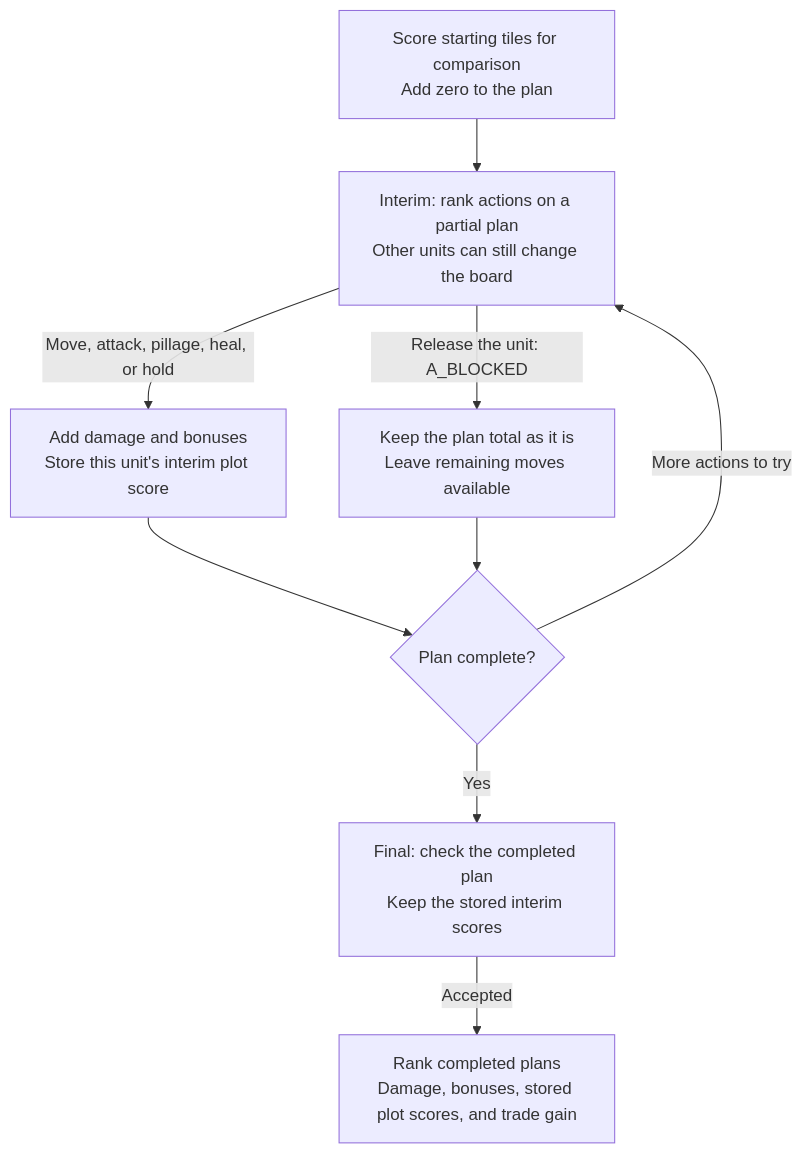
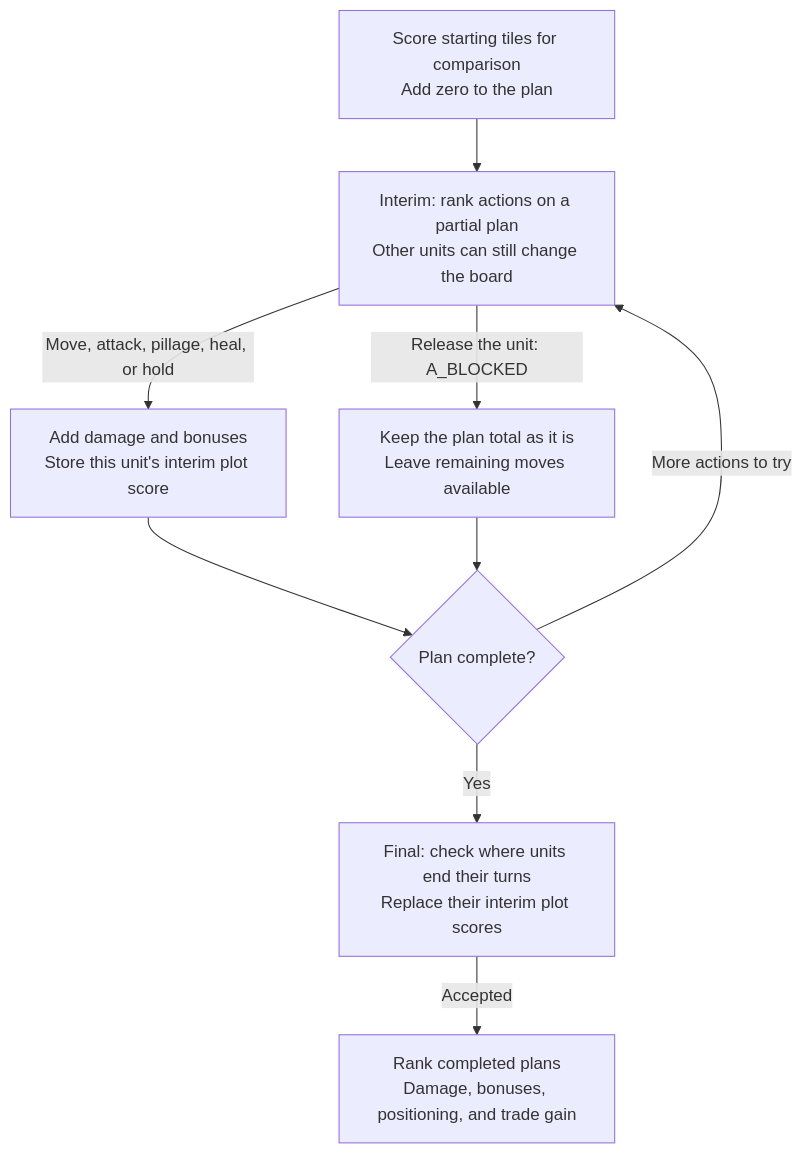
The first of 2 diagrams in docs/developers/civ5-dll/unit-ai/simulation/scoring.md (vox-deorum/vox-deorum), drawn with Mermaid before and after one commit. The commit also changed other lines of this file and 51 other files, not shown here.

````diff
--- a/docs/developers/civ5-dll/unit-ai/simulation/scoring.md
+++ b/docs/developers/civ5-dll/unit-ai/simulation/scoring.md
@@ -5,11 +5,11 @@
 ```mermaid
 flowchart TD
     START["Score starting tiles for comparison<br/>Add zero to the plan"] --> TRY["Interim: rank actions on a partial plan<br/>Other units can still change the board"]
     TRY -->|"Move, attack, pillage, heal, or hold"| SCORE["Add damage and bonuses<br/>Store this unit's interim plot score"]
     TRY -->|"Release the unit: A_BLOCKED"| KEEP["Keep the plan total as it is<br/>Leave remaining moves available"]
     SCORE --> NEXT{"Plan complete?"}
     KEEP --> NEXT
     NEXT -->|"More actions to try"| TRY
-    NEXT -->|"Yes"| CHECK["Final: check the completed plan<br/>Keep the stored interim scores"]
-    CHECK -->|"Accepted"| RANK["Rank completed plans<br/>Damage, bonuses, stored plot scores, and trade gain"]
+    NEXT -->|"Yes"| CHECK["Final: check where units end their turns<br/>Replace their interim plot scores"]
+    CHECK -->|"Accepted"| RANK["Rank completed plans<br/>Damage, bonuses, positioning, and trade gain"]
 ```
````
